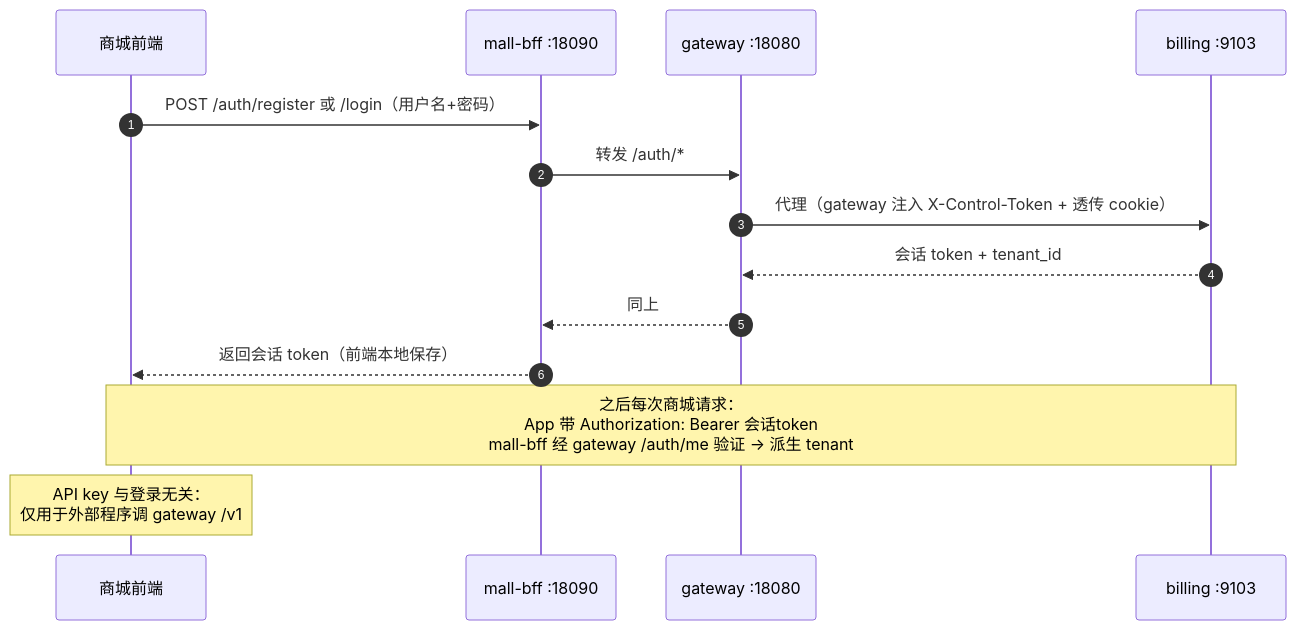
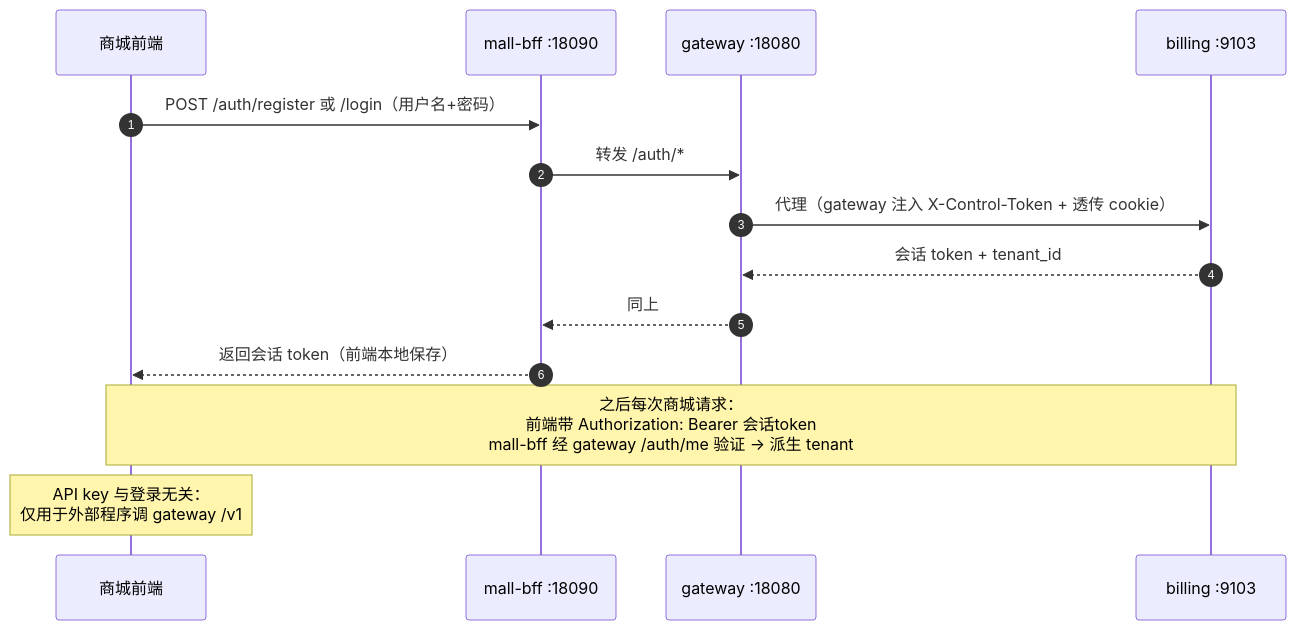
Before and after one commit to frostloom/my-market: the seventh of 8 diagrams in docs/architecture.md, drawn with Mermaid. The commit also changed 6 other files, not shown here.

Commit message:
docs: round-4 review fixes (5 majors: wording sweep, R6 seckill dependency, schema-authority banner; minors: plan sync, acceptance R0 backfill)

````diff
--- a/docs/architecture.md
+++ b/docs/architecture.md
@@ -259,17 +259,17 @@
 ```mermaid
 sequenceDiagram
     autonumber
     participant A as 商城前端
     participant B as mall-bff :18090
     participant G as gateway :18080
     participant L as billing :9103
 
     A->>B: POST /auth/register 或 /login（用户名+密码）
     B->>G: 转发 /auth/*
     G->>L: 代理（gateway 注入 X-Control-Token + 透传 cookie）
     L-->>G: 会话 token + tenant_id
     G-->>B: 同上
     B-->>A: 返回会话 token（前端本地保存）
-    note over A,L: 之后每次商城请求：<br/>App 带 Authorization: Bearer 会话token<br/>mall-bff 经 gateway /auth/me 验证 → 派生 tenant
+    note over A,L: 之后每次商城请求：<br/>前端带 Authorization: Bearer 会话token<br/>mall-bff 经 gateway /auth/me 验证 → 派生 tenant
     note over A: API key 与登录无关：<br/>仅用于外部程序调 gateway /v1
 ```
````
